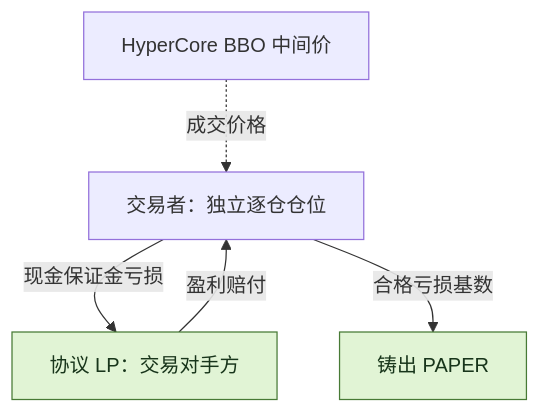
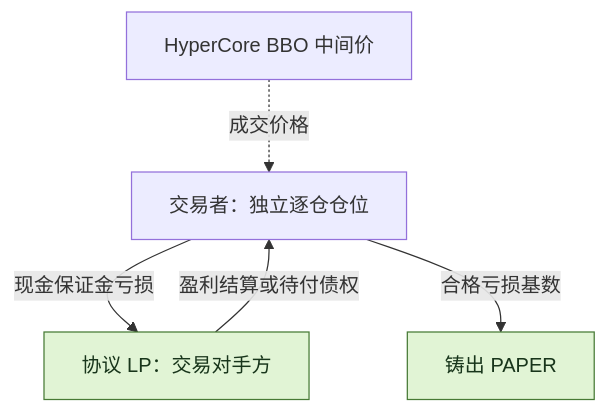
Before and after one commit to KoNit-K/papertrade-lab: the first of 2 diagrams in README.zh-CN.md, drawn with Mermaid. The commit also changed other lines of this file and 2 other files, not shown here.

````diff
--- a/README.zh-CN.md
+++ b/README.zh-CN.md
@@ -82,9 +82,9 @@
 ```mermaid
 flowchart TB
     Price[HyperCore BBO 中间价] -.->|成交价格| Trader[交易者：独立逐仓仓位]
     Trader -->|现金保证金亏损| Pool[协议 LP：交易对手方]
-    Pool -->|盈利赔付| Trader
+    Pool -->|盈利结算或待付债权| Trader
     Trader -->|合格亏损基数| PAPER[铸出 PAPER]
     classDef accent fill:#e1f4d5,stroke:#477a35,color:#18351b
     class Pool,PAPER accent
 ```
````
